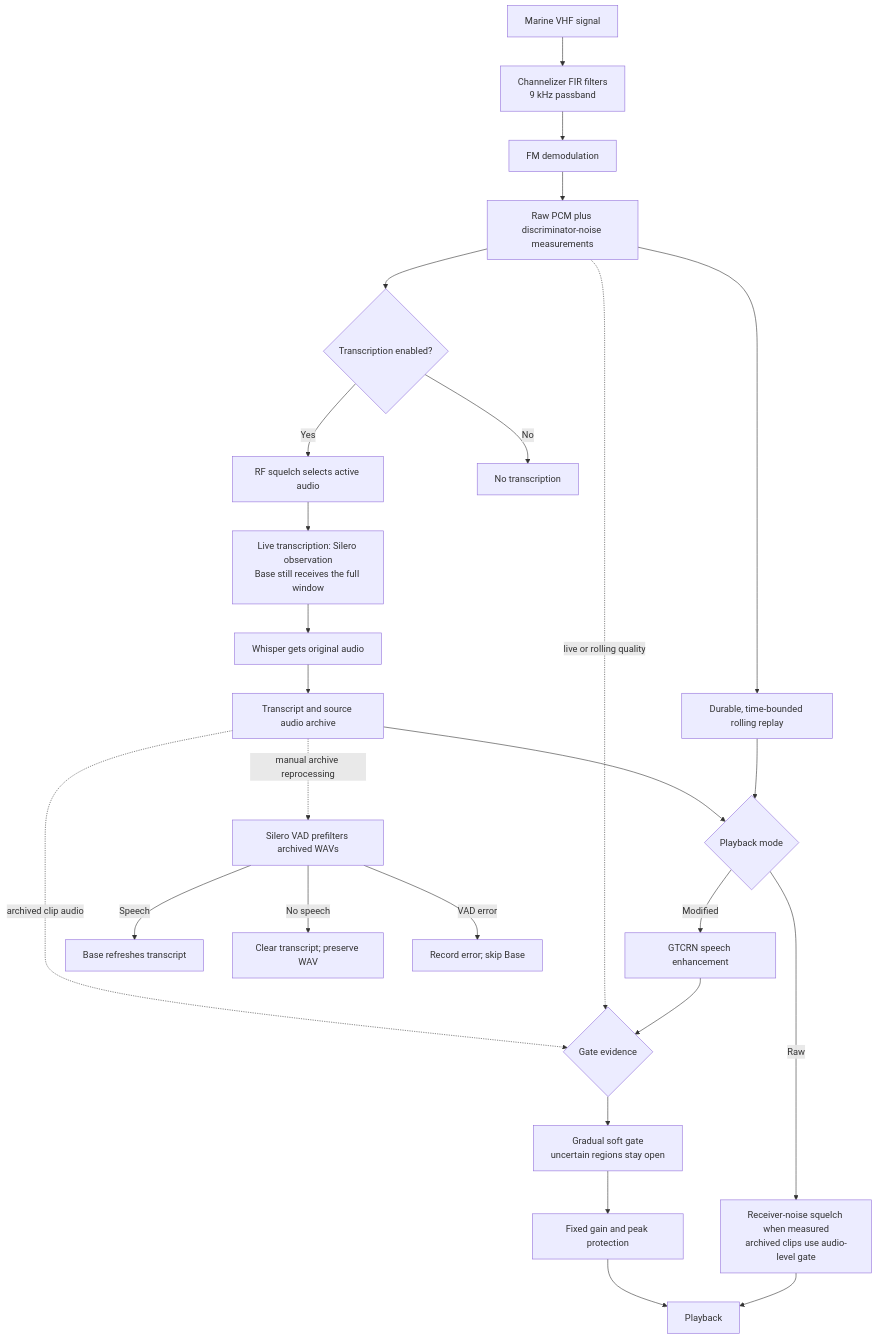
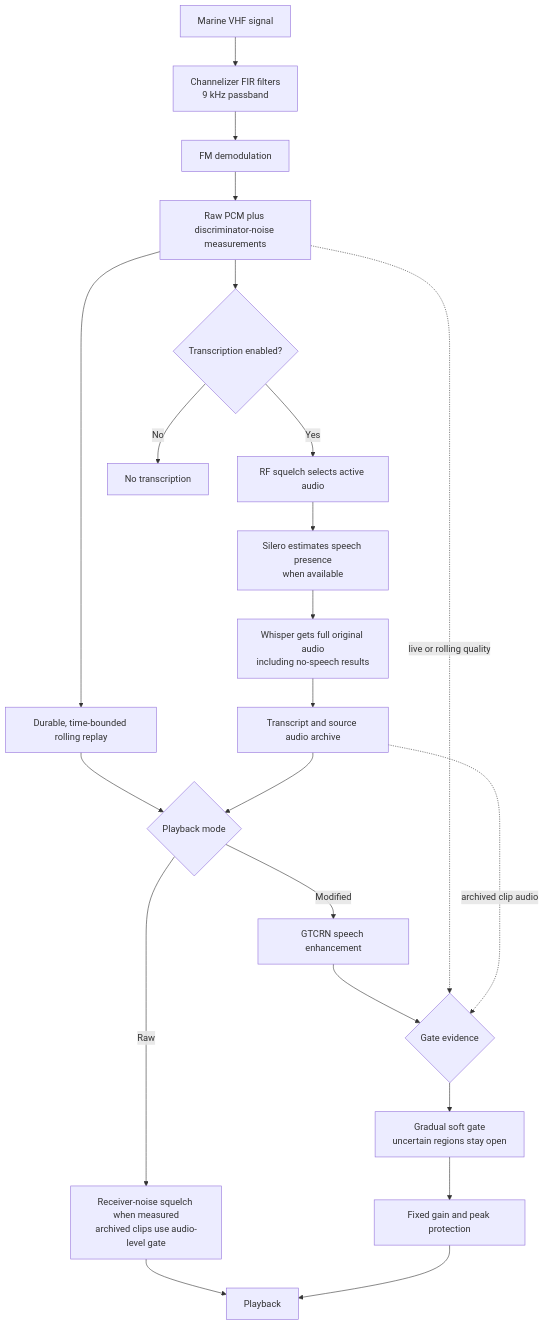
Before and after one commit to zph/signalk-vhf-watch: the diagram in README.md, drawn with Mermaid. The commit also changed other lines of this file, not shown here.

Commit message:
docs: clarify live Silero speech detection

````diff
--- a/README.md
+++ b/README.md
@@ -177,28 +177,24 @@
 ```mermaid
 flowchart TD
     A[Marine VHF signal] --> B[Channelizer FIR filters<br/>9 kHz passband]
     B --> C[FM demodulation]
     C --> D[Raw PCM plus discriminator-noise measurements]
     D --> E[Durable, time-bounded rolling replay]
     E --> F{Playback mode}
     F -->|Raw| G[Receiver-noise squelch when measured<br/>archived clips use audio-level gate]
     G --> H[Playback]
     F -->|Modified| I[GTCRN speech enhancement]
     I --> J{Gate evidence}
     D -. live or rolling quality .-> J
     Q -. archived clip audio .-> J
     J --> K[Gradual soft gate<br/>uncertain regions stay open]
     K --> L[Fixed gain and peak protection]
     L --> H
     D --> M{Transcription enabled?}
     M -->|Yes| N[RF squelch selects active audio]
-    N --> O[Live transcription: Silero observation<br/>Base still receives the full window]
-    O --> P[Whisper gets original audio]
+    N --> O[Silero estimates speech presence<br/>when available]
+    O --> P[Whisper gets full original audio<br/>including no-speech results]
     P --> Q[Transcript and source audio archive]
     Q --> F
-    Q -. manual archive reprocessing .-> S[Silero VAD prefilters archived WAVs]
-    S -->|Speech| T[Base refreshes transcript]
-    S -->|No speech| U[Clear transcript; preserve WAV]
-    S -->|VAD error| V[Record error; skip Base]
     M -->|No| R[No transcription]
 ```
````
